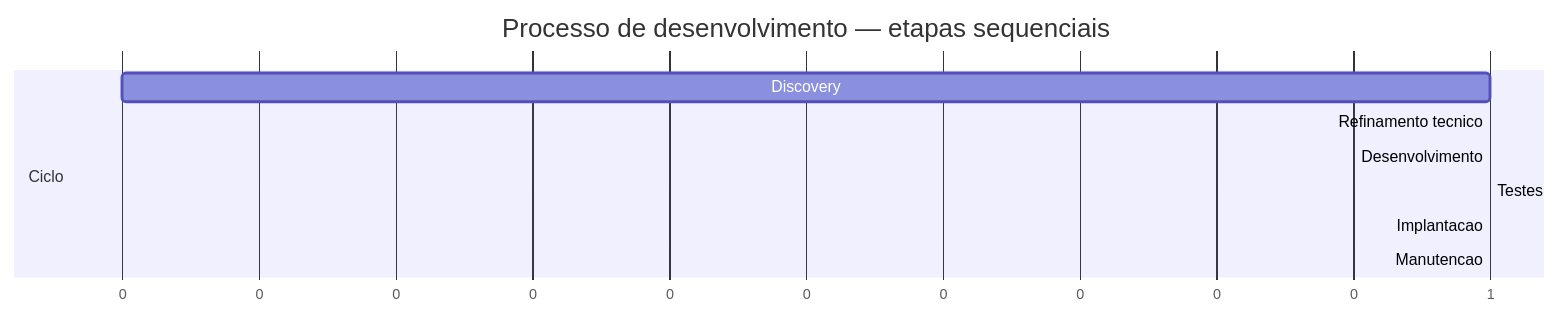
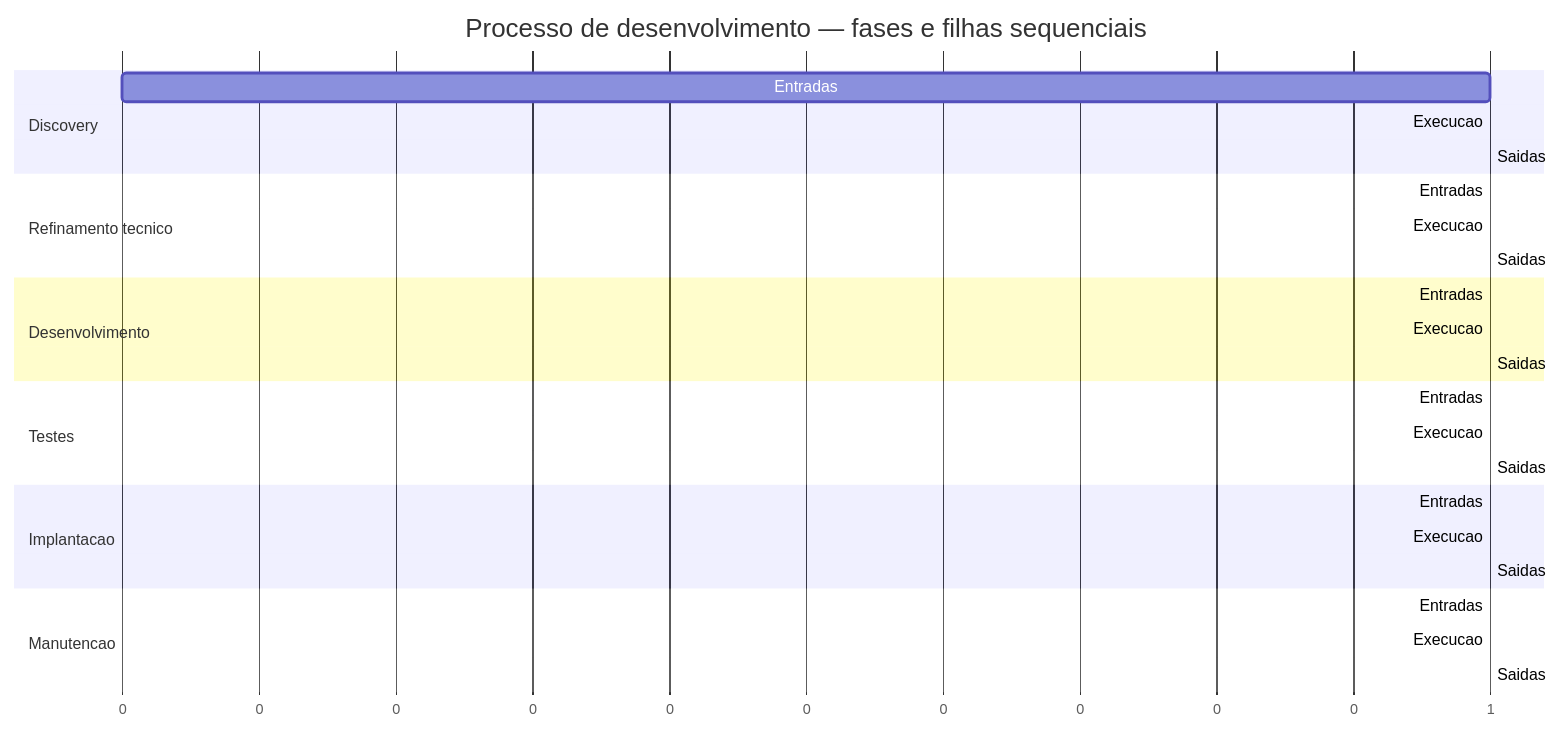
One commit to laerciogermano/workstation changed the first of 2 diagrams in core/processo/README.md. Above: the diagram before and after it, drawn with Mermaid. The commit also changed other lines of this file and 1 other file, not shown here.

Commit message:
Corrige IDs do Gantt sequencial do screen-robot e detalha árvore/Gantt do processo.

````diff
--- a/core/processo/README.md
+++ b/core/processo/README.md
@@ -25,14 +55,36 @@
 ```mermaid
 gantt
-  title Processo de desenvolvimento — etapas sequenciais
+  title Processo de desenvolvimento — fases e filhas sequenciais
   dateFormat X
   axisFormat %s
 
-  section Ciclo
-  Discovery              :d1, 0, 1
-  Refinamento tecnico    :d2, after d1, 1
-  Desenvolvimento        :d3, after d2, 1
-  Testes                 :d4, after d3, 1
-  Implantacao            :d5, after d4, 1
-  Manutencao             :d6, after d5, 1
+  section Discovery
+  Entradas               :d1e, 0, 1
+  Execucao               :d1x, after d1e, 1
+  Saidas                 :d1s, after d1x, 1
+
+  section Refinamento tecnico
+  Entradas               :d2e, after d1s, 1
+  Execucao               :d2x, after d2e, 1
+  Saidas                 :d2s, after d2x, 1
+
+  section Desenvolvimento
+  Entradas               :d3e, after d2s, 1
+  Execucao               :d3x, after d3e, 1
+  Saidas                 :d3s, after d3x, 1
+
+  section Testes
+  Entradas               :d4e, after d3s, 1
+  Execucao               :d4x, after d4e, 1
+  Saidas                 :d4s, after d4x, 1
+
+  section Implantacao
+  Entradas               :d5e, after d4s, 1
+  Execucao               :d5x, after d5e, 1
+  Saidas                 :d5s, after d5x, 1
+
+  section Manutencao
+  Entradas               :d6e, after d5s, 1
+  Execucao               :d6x, after d6e, 1
+  Saidas                 :d6s, after d6x, 1
 ```
````
